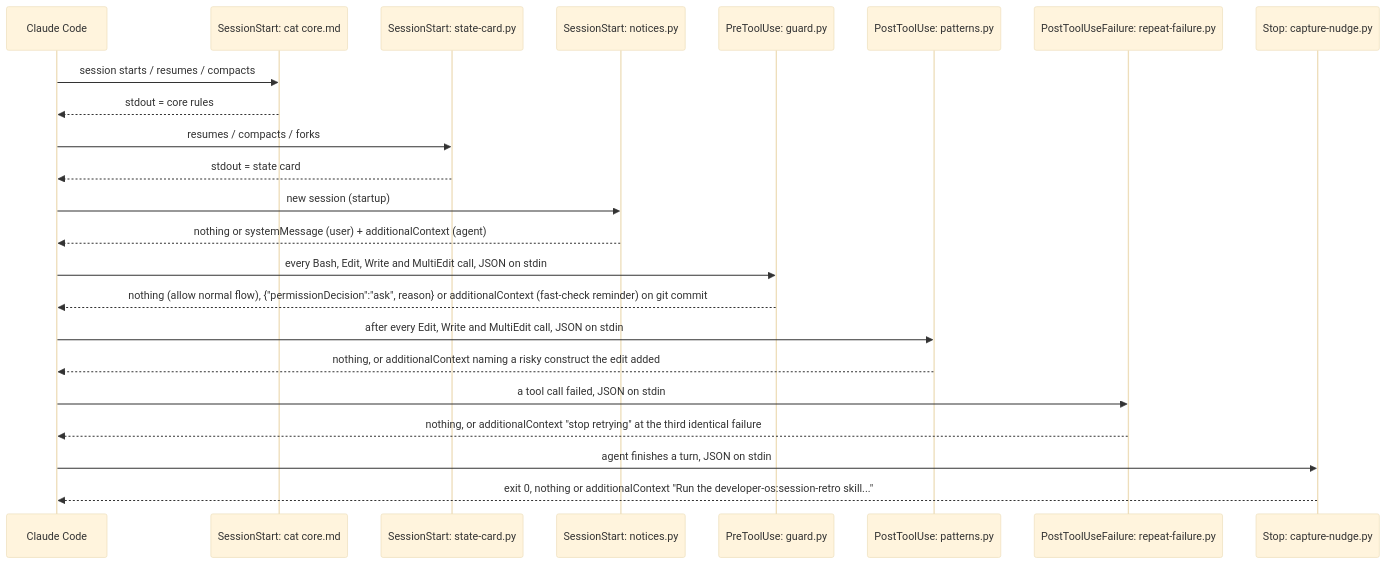
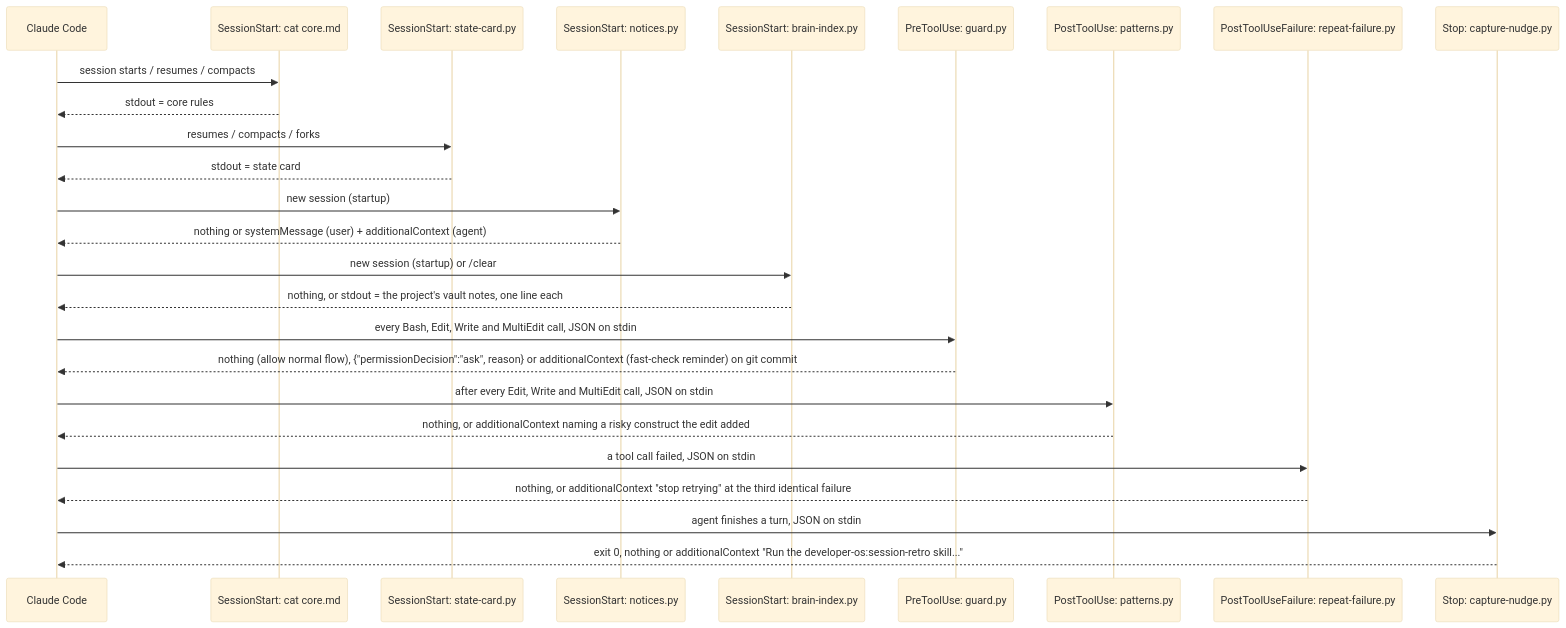
One commit to msolecki/developer-os changed the first of 2 diagrams in docs/architecture/overview.md. Above: the diagram before and after it, drawn with Mermaid (base theme). The commit also changed other lines of this file and 29 other files, not shown here.

First line of the commit message:
List the project's vault notes at session start

````diff
--- a/docs/architecture/overview.md
+++ b/docs/architecture/overview.md
@@ -63,25 +65,28 @@
 ```mermaid
 sequenceDiagram
   participant CC as Claude Code
   participant R as SessionStart: cat core.md
   participant SS as SessionStart: state-card.py
   participant NO as SessionStart: notices.py
+  participant BI as SessionStart: brain-index.py
   participant G as PreToolUse: guard.py
   participant P as PostToolUse: patterns.py
   participant F as PostToolUseFailure: repeat-failure.py
   participant N as Stop: capture-nudge.py
   CC->>R: session starts / resumes / compacts
   R-->>CC: stdout = core rules
   CC->>SS: resumes / compacts / forks
   SS-->>CC: stdout = state card
   CC->>NO: new session (startup)
   NO-->>CC: nothing or systemMessage (user) + additionalContext (agent)
+  CC->>BI: new session (startup) or /clear
+  BI-->>CC: nothing, or stdout = the project's vault notes, one line each
   CC->>G: every Bash, Edit, Write and MultiEdit call, JSON on stdin
   G-->>CC: nothing (allow normal flow), {"permissionDecision":"ask", reason} or additionalContext (fast-check reminder) on git commit
   CC->>P: after every Edit, Write and MultiEdit call, JSON on stdin
   P-->>CC: nothing, or additionalContext naming a risky construct the edit added
   CC->>F: a tool call failed, JSON on stdin
   F-->>CC: nothing, or additionalContext "stop retrying" at the third identical failure
   CC->>N: agent finishes a turn, JSON on stdin
   N-->>CC: exit 0, nothing or additionalContext "Run the developer-os:session-retro skill..."
 ```
````
